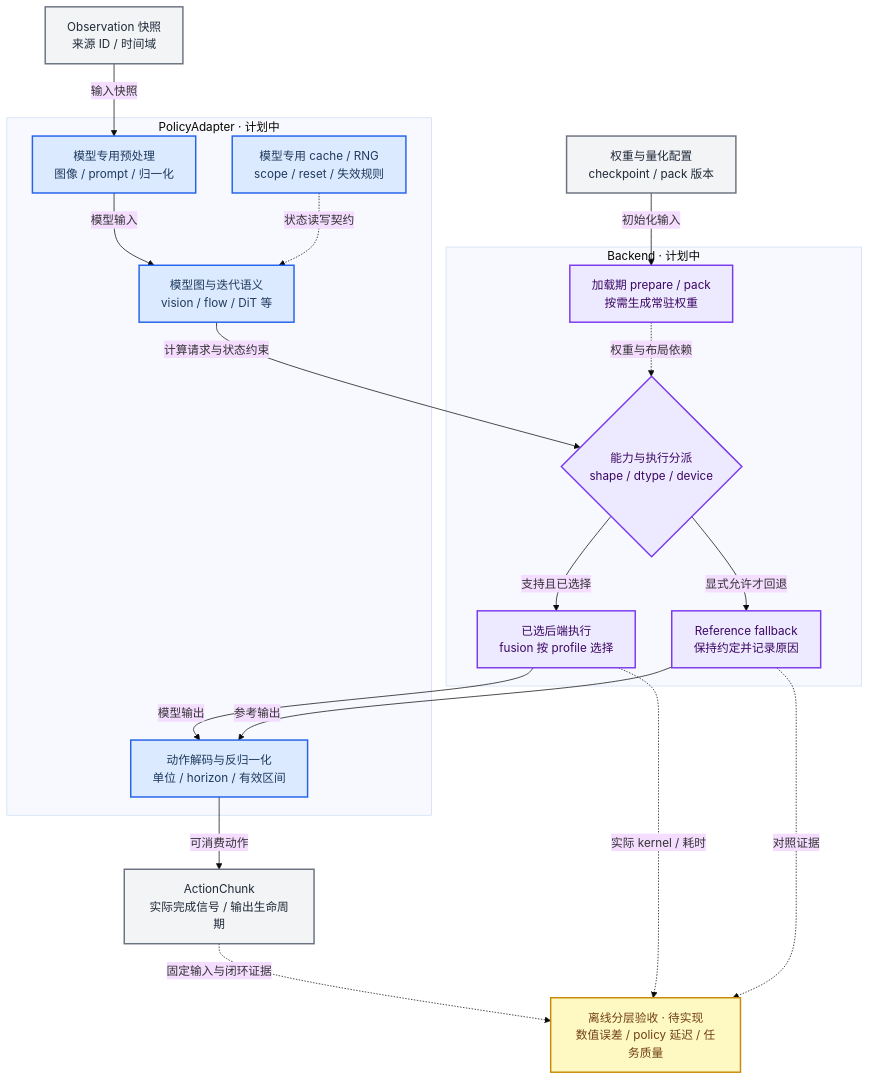
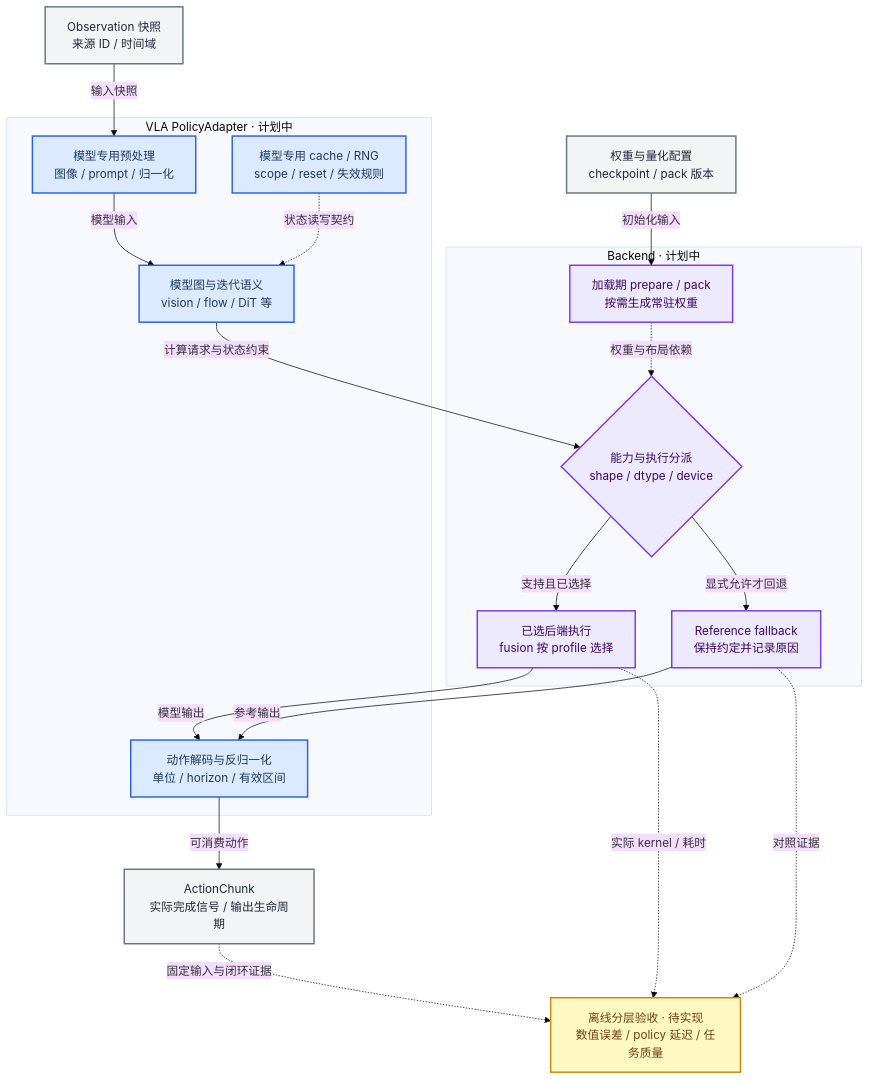
The diagram in docs/diagrams/03-inference-path.mmd (Ther-nullptr/robotics-the-speedup-paradox), drawn with Mermaid (base theme) before and after one commit. The commit also changed 19 other files, not shown here.

```diff
--- a/docs/diagrams/03-inference-path.mmd
+++ b/docs/diagrams/03-inference-path.mmd
@@ -1,48 +1,48 @@
 flowchart TB
-    accTitle: Planned Model Inference Path
-    accDescr: 全部推理节点均为目标设计，当前仅实现 schema、validator、tests 和协作文件。实线沿请求或数据流方向，虚线表示状态依赖、加载依赖或离线验收取证；验收不在每次请求热路径内。
+    accTitle: Planned VLA Inference Path
+    accDescr: 本图描述VLA动作块推理的目标设计，不要求Kinetix原生RL路径采用相同输入输出。运行节点尚未实现。实线沿请求或数据流方向，虚线表示状态依赖、加载依赖或离线验收取证；验收不在每次请求热路径内。
 
     observation["Observation 快照<br/>来源 ID / 时间域"]
     weights["权重与量化配置<br/>checkpoint / pack 版本"]
 
-    subgraph policy_adapter["PolicyAdapter · 计划中"]
+    subgraph policy_adapter["VLA PolicyAdapter · 计划中"]
         preprocess["模型专用预处理<br/>图像 / prompt / 归一化"]
         model_graph["模型图与迭代语义<br/>vision / flow / DiT 等"]
         model_state["模型专用 cache / RNG<br/>scope / reset / 失效规则"]
         decode_action["动作解码与反归一化<br/>单位 / horizon / 有效区间"]
     end
 
     subgraph execution_backend["Backend · 计划中"]
         prepare_weights["加载期 prepare / pack<br/>按需生成常驻权重"]
         dispatch{"能力与执行分派<br/>shape / dtype / device"}
         optimized_run["已选后端执行<br/>fusion 按 profile 选择"]
         reference_run["Reference fallback<br/>保持约定并记录原因"]
     end
 
     action_chunk["ActionChunk<br/>实际完成信号 / 输出生命周期"]
     validation["离线分层验收 · 待实现<br/>数值误差 / policy 延迟 / 任务质量"]
 
     observation -->|"输入快照"| preprocess
     preprocess -->|"模型输入"| model_graph
     model_state -.->|"状态读写契约"| model_graph
     model_graph -->|"计算请求与状态约束"| dispatch
     weights -->|"初始化输入"| prepare_weights
     prepare_weights -.->|"权重与布局依赖"| dispatch
     dispatch -->|"支持且已选择"| optimized_run
     dispatch -->|"显式允许才回退"| reference_run
     optimized_run -->|"模型输出"| decode_action
     reference_run -->|"参考输出"| decode_action
     decode_action -->|"可消费动作"| action_chunk
     action_chunk -.->|"固定输入与闭环证据"| validation
     optimized_run -.->|"实际 kernel / 耗时"| validation
     reference_run -.->|"对照证据"| validation
 
     classDef adapter fill:#dbeafe,stroke:#2563eb,stroke-width:2px,color:#1e3a5f
     classDef backend fill:#ede9fe,stroke:#7c3aed,stroke-width:2px,color:#3b0764
     classDef evidence fill:#fef9c3,stroke:#ca8a04,stroke-width:2px,color:#713f12
     classDef artifact fill:#f3f4f6,stroke:#6b7280,stroke-width:2px,color:#1f2937
 
     class preprocess,model_graph,model_state,decode_action adapter
     class prepare_weights,dispatch,optimized_run,reference_run backend
     class validation evidence
     class observation,weights,action_chunk artifact
```
